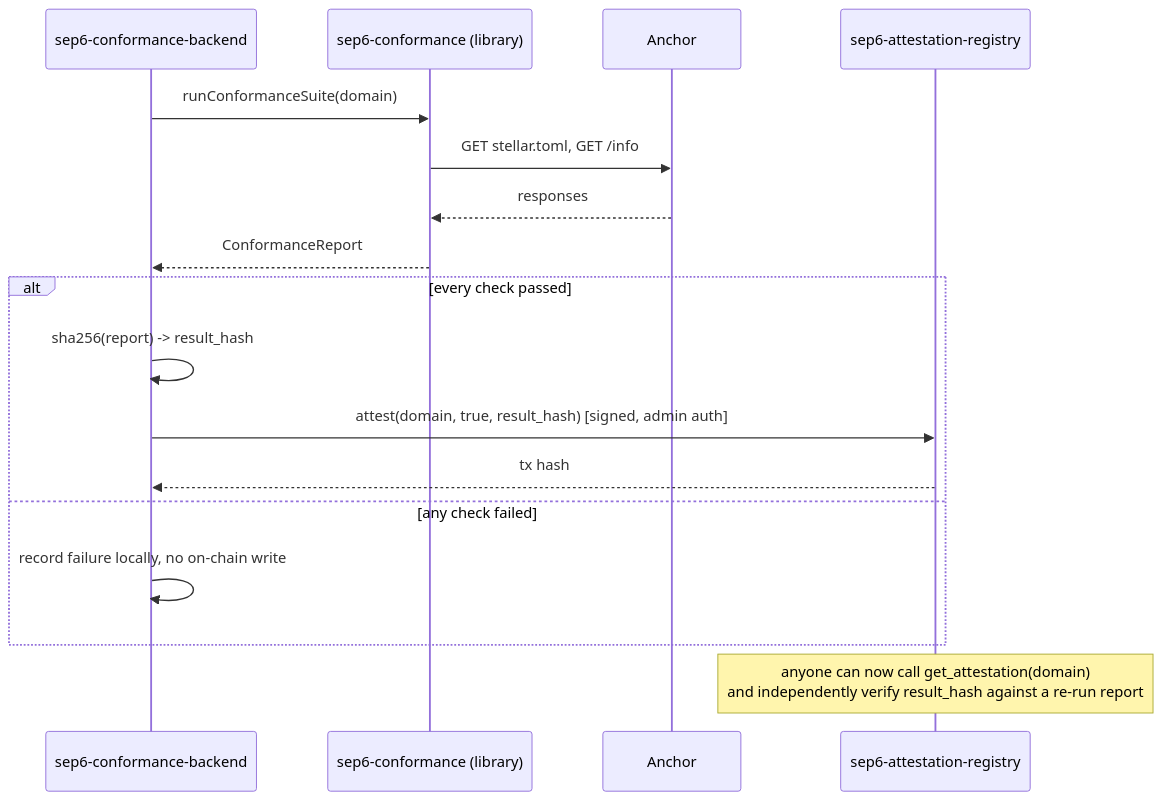
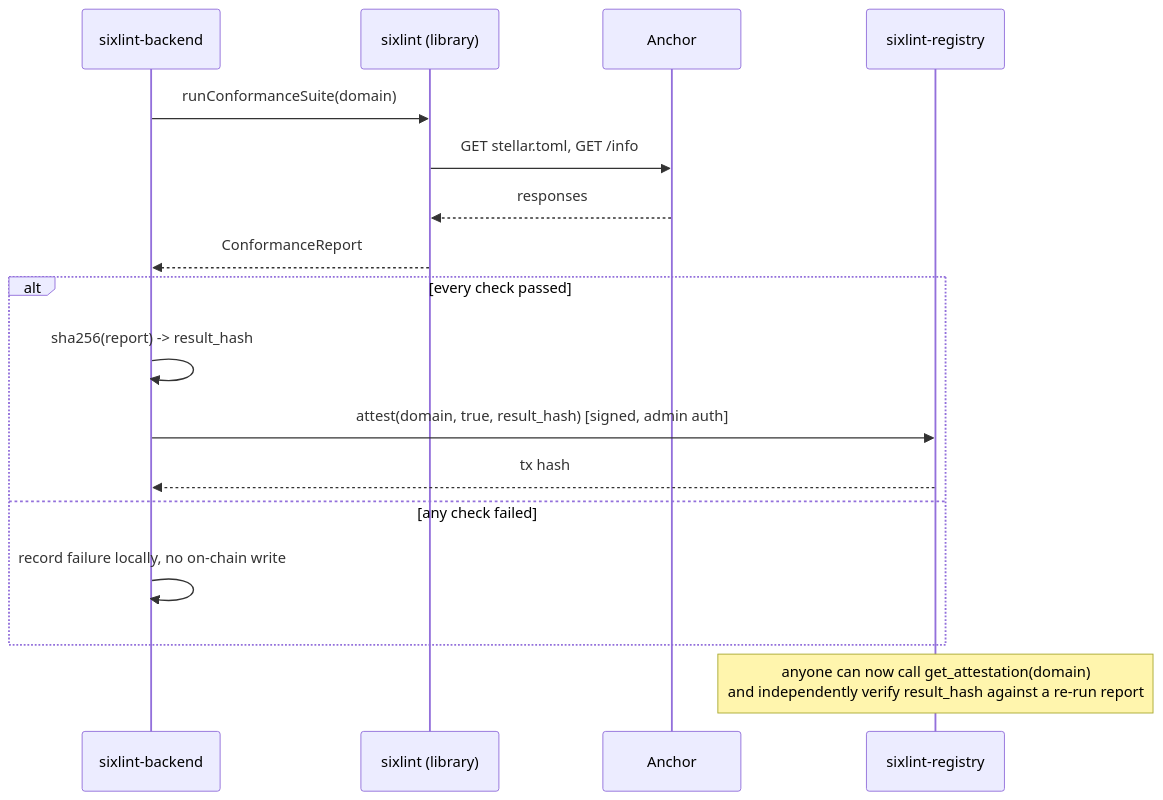
Before and after one commit to SixLint/sixlint-registry: the third of 3 diagrams in README.md, drawn with Mermaid. The commit also changed other lines of this file and 1 other file, not shown here.

First line of the commit message:
Rename project from sep6-attestation-registry to sixlint-registry

````diff
--- a/README.md
+++ b/README.md
@@ -145,20 +145,20 @@
 ```mermaid
 sequenceDiagram
-    participant Backend as sep6-conformance-backend
-    participant Checker as sep6-conformance (library)
+    participant Backend as sixlint-backend
+    participant Checker as sixlint (library)
     participant Anchor
-    participant Contract as sep6-attestation-registry
+    participant Contract as sixlint-registry
 
     Backend->>Checker: runConformanceSuite(domain)
     Checker->>Anchor: GET stellar.toml, GET /info
     Anchor-->>Checker: responses
     Checker-->>Backend: ConformanceReport
     alt every check passed
         Backend->>Backend: sha256(report) -> result_hash
         Backend->>Contract: attest(domain, true, result_hash)  [signed, admin auth]
         Contract-->>Backend: tx hash
     else any check failed
         Backend->>Backend: record failure locally, no on-chain write
     end
     Note over Contract: anyone can now call get_attestation(domain)<br/>and independently verify result_hash against a re-run report
 ```
````
